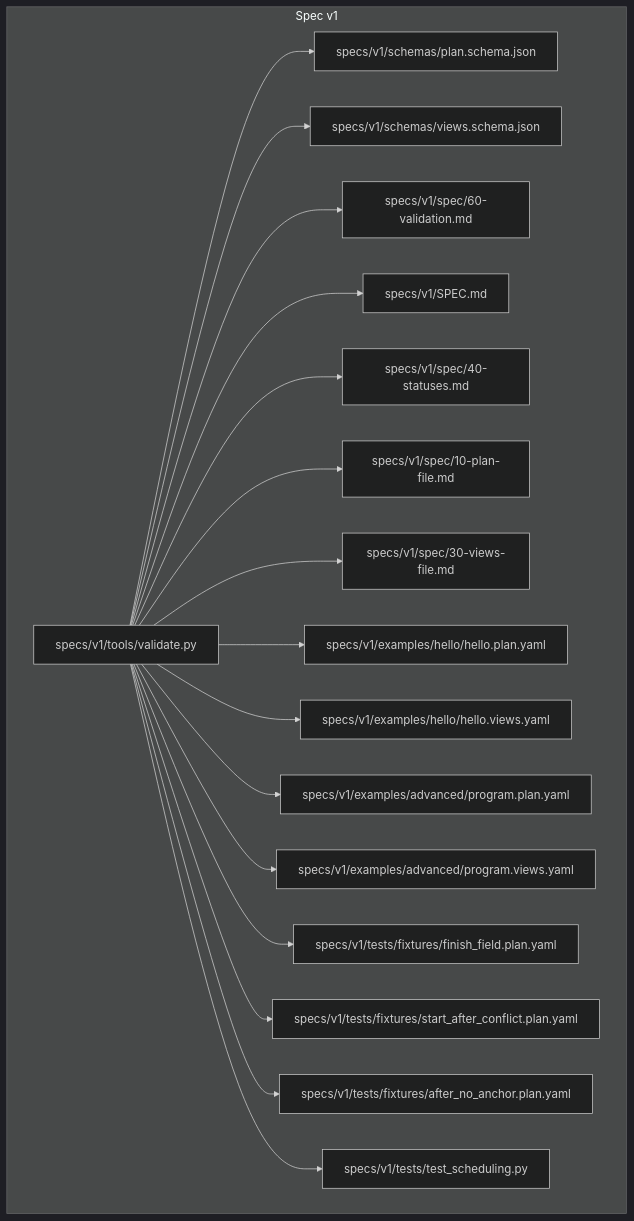
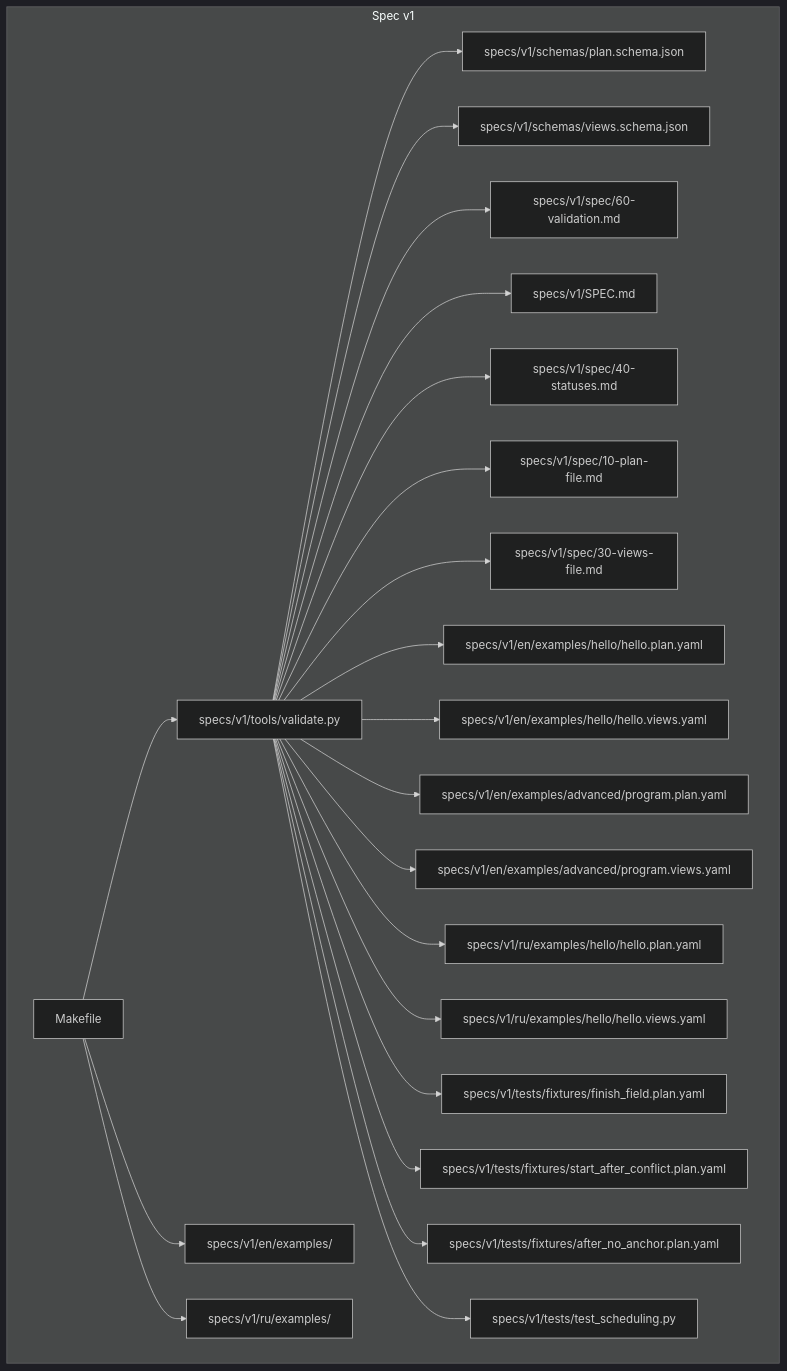
One commit to asukhodko/opskarta changed the first of 3 diagrams in .qoder/repowiki/en/content/Tooling and Utilities/Validation System.md. Above: the diagram before and after it, drawn with Mermaid (dark theme). The commit also changed other lines of this file and 7 other files, not shown here.

````diff
--- a/.qoder/repowiki/en/content/Tooling and Utilities/Validation System.md
+++ b/.qoder/repowiki/en/content/Tooling and Utilities/Validation System.md
@@ -63,36 +69,46 @@
 ```mermaid
 graph TB
 subgraph "Spec v1"
 V["specs/v1/tools/validate.py"]
+M["Makefile"]
 P["specs/v1/schemas/plan.schema.json"]
 W["specs/v1/schemas/views.schema.json"]
+SE["specs/v1/en/examples/"]
+SR["specs/v1/ru/examples/"]
 S60["specs/v1/spec/60-validation.md"]
 SPEC["specs/v1/SPEC.md"]
 S40["specs/v1/spec/40-statuses.md"]
 S10["specs/v1/spec/10-plan-file.md"]
 S30["specs/v1/spec/30-views-file.md"]
-E_HELLO_P["specs/v1/examples/hello/hello.plan.yaml"]
-E_HELLO_V["specs/v1/examples/hello/hello.views.yaml"]
-E_ADV_P["specs/v1/examples/advanced/program.plan.yaml"]
-E_ADV_V["specs/v1/examples/advanced/program.views.yaml"]
+E_HELLO_P["specs/v1/en/examples/hello/hello.plan.yaml"]
+E_HELLO_V["specs/v1/en/examples/hello/hello.views.yaml"]
+E_ADV_P["specs/v1/en/examples/advanced/program.plan.yaml"]
+E_ADV_V["specs/v1/en/examples/advanced/program.views.yaml"]
+R_HELLO_P["specs/v1/ru/examples/hello/hello.plan.yaml"]
+R_HELLO_V["specs/v1/ru/examples/hello/hello.views.yaml"]
 TF["specs/v1/tests/fixtures/finish_field.plan.yaml"]
 TSA["specs/v1/tests/fixtures/start_after_conflict.plan.yaml"]
 TAN["specs/v1/tests/fixtures/after_no_anchor.plan.yaml"]
 TS["specs/v1/tests/test_scheduling.py"]
 end
 V --> P
 V --> W
 V --> S60
 V --> SPEC
 V --> S40
 V --> S10
 V --> S30
 V --> E_HELLO_P
 V --> E_HELLO_V
 V --> E_ADV_P
 V --> E_ADV_V
+V --> R_HELLO_P
+V --> R_HELLO_V
 V --> TF
 V --> TSA
 V --> TAN
 V --> TS
+M --> SE
+M --> SR
+M --> V
 ```
````
